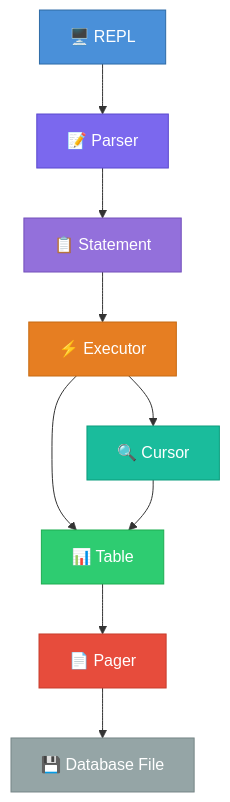
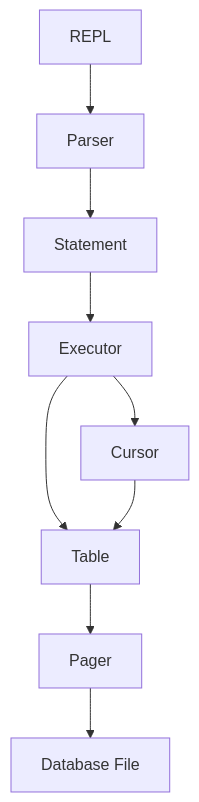
One commit to Tanushree-RD/SeroDB changed the diagram in README.md. Above: the diagram before and after it, drawn with Mermaid. The commit also changed other lines of this file and 5 other files, not shown here.

````diff
--- a/README.md
+++ b/README.md
@@ -40,20 +9,11 @@
 ```mermaid
 graph TD
-    A["🖥️ REPL"]:::repl --> B["📝 Parser"]:::parser
-    B --> C["📋 Statement"]:::statement
-    C --> D["⚡ Executor"]:::executor
-    D --> E["📊 Table"]:::table
-    D --> F["🔍 Cursor"]:::cursor
+    A[REPL] --> B[Parser]
+    B --> C[Statement]
+    C --> D[Executor]
+    D --> E[Table]
+    D --> F[Cursor]
     F --> E
-    E --> G["📄 Pager"]:::pager
-    G --> H["💾 Database File"]:::disk
-
-    classDef repl fill:#4A90D9,stroke:#2E6BA6,color:#fff
-    classDef parser fill:#7B68EE,stroke:#5B48CE,color:#fff
-    classDef statement fill:#9370DB,stroke:#7350BB,color:#fff
-    classDef executor fill:#E67E22,stroke:#C66A12,color:#fff
-    classDef table fill:#2ECC71,stroke:#1EAC51,color:#fff
-    classDef cursor fill:#1ABC9C,stroke:#0A9C7C,color:#fff
-    classDef pager fill:#E74C3C,stroke:#C73C2C,color:#fff
-    classDef disk fill:#95A5A6,stroke:#758586,color:#fff
+    E --> G[Pager]
+    G --> H[Database File]
 ```
````
